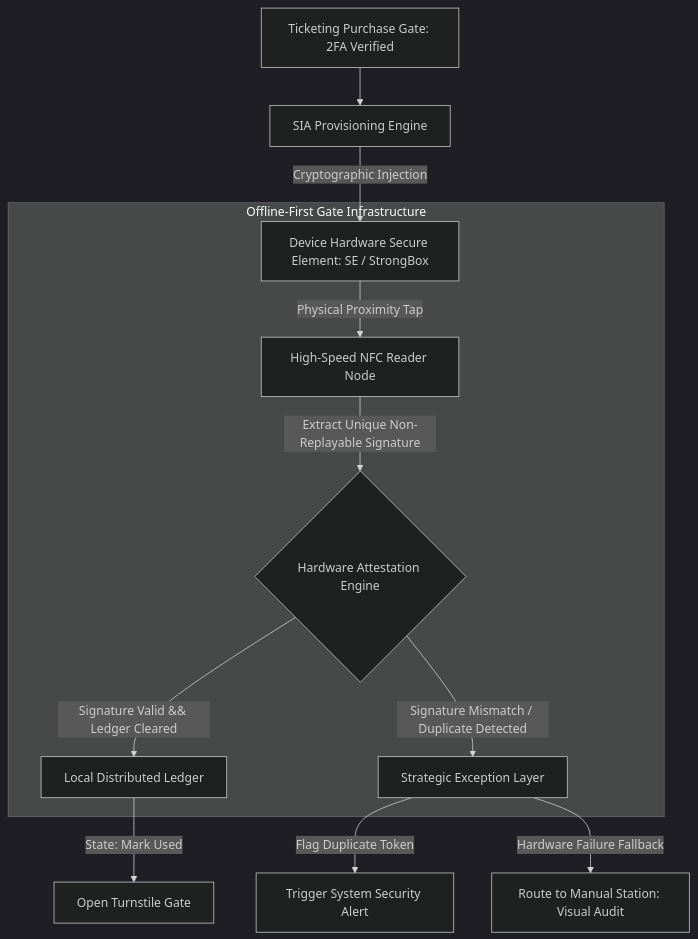
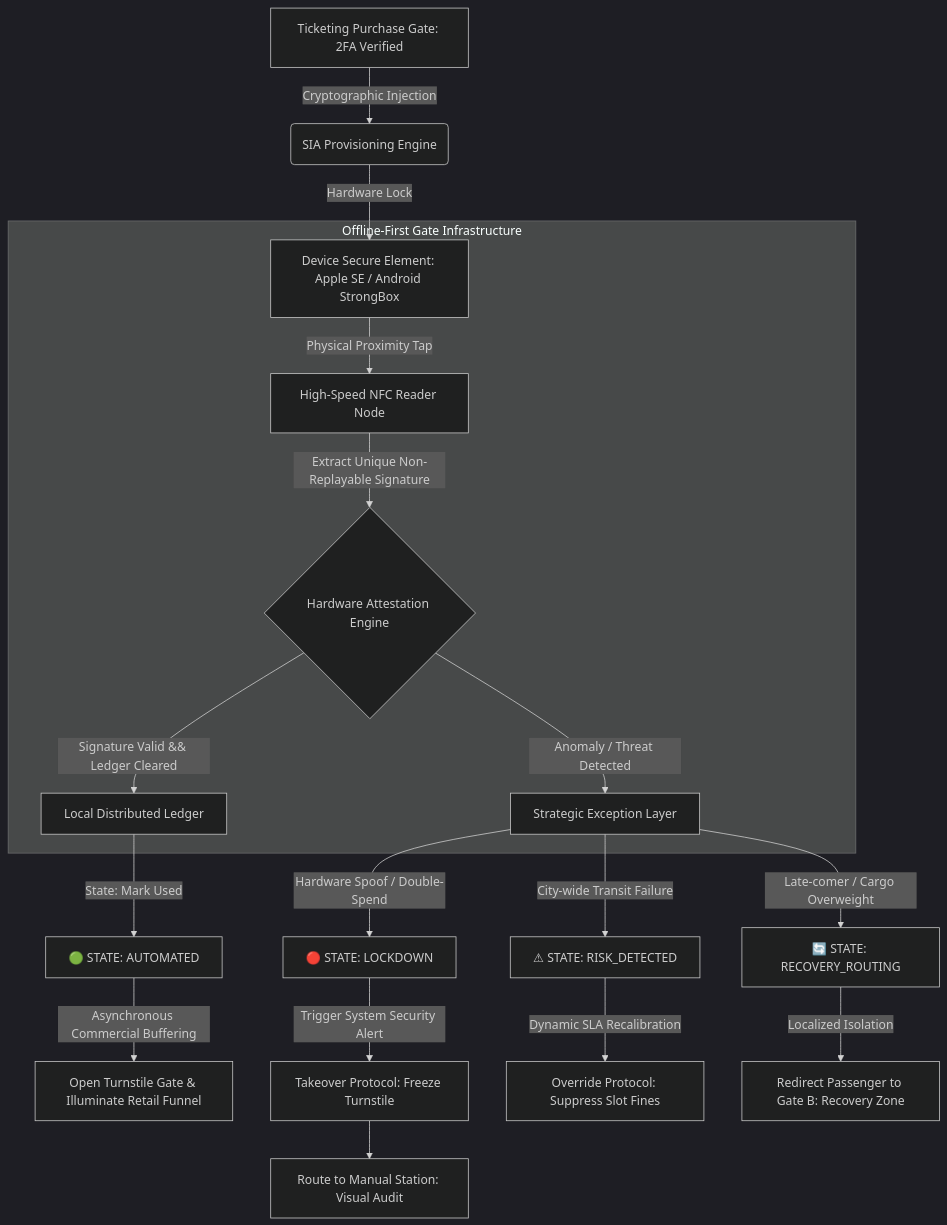
The diagram in predictive-airport-flow-orchestrator.md (26200602/SIA-Agentic-AI-Architecture), drawn with Mermaid (dark theme) before and after one commit. The commit also changed other lines of this file, not shown here.

First line of the commit message:
Update predictive-airport-flow-orchestrator.md

````diff
--- a/predictive-airport-flow-orchestrator.md
+++ b/predictive-airport-flow-orchestrator.md
@@ -23,17 +21,33 @@
 ```mermaid
 graph TD
-    A[Ticketing Purchase Gate: 2FA Verified] --> B[SIA Provisioning Engine]
-    B -->|Cryptographic Injection| C[Device Hardware Secure Element: SE / StrongBox]
-    
+    %% Provisioning Phase
+    A[Ticketing Purchase Gate: 2FA Verified] -->|Cryptographic Injection| B(SIA Provisioning Engine)
+    B -->|Hardware Lock| C[Device Secure Element: Apple SE / Android StrongBox]
+
+    %% Edge Verification Loop (Offline-First Gate)
     subgraph Edge Verification Architecture [Offline-First Gate Infrastructure]
         C -->|Physical Proximity Tap| D[High-Speed NFC Reader Node]
         D -->|Extract Unique Non-Replayable Signature| E{Hardware Attestation Engine}
         
+        %% Pillar 1 & 2 Semantic Evaluation
         E -->|Signature Valid && Ledger Cleared| F[Local Distributed Ledger]
-        E -->|Signature Mismatch / Duplicate Detected| G[Strategic Exception Layer]
+        E -->|Anomaly / Threat Detected| G[Strategic Exception Layer]
     end
+
+    %% Pillar 3 Finite State Machine (FSM) Transitions
+    F -->|State: Mark Used| H[🟢 STATE: AUTOMATED]
+    H -->|Asynchronous Commercial Buffering| K[Open Turnstile Gate & Illuminate Retail Funnel]
+
+    %% Exception Matrix & Recovery Protocols
+    G -->|Hardware Spoof / Double-Spend| I[🔴 STATE: LOCKDOWN]
+    G -->|City-wide Transit Failure| J[⚠ STATE: RISK_DETECTED]
+    G -->|Late-comer / Cargo Overweight| L[🔄 STATE: RECOVERY_ROUTING]
+
+    %% Actions Derived from States
+    I -->|Trigger System Security Alert| M[Takeover Protocol: Freeze Turnstile]
+    J -->|Dynamic SLA Recalibration| N[Override Protocol: Suppress Slot Fines]
+    L -->|Localized Isolation| O[Redirect Passenger to Gate B: Recovery Zone]
     
-    F -->|State: Mark Used| H[Open Turnstile Gate]
-    G -->|Flag Duplicate Token| I[Trigger System Security Alert]
-    G -->|Hardware Failure Fallback| J[Route to Manual Station: Visual Audit]
+    %% Human-in-the-loop Fallback
+    M --> P[Route to Manual Station: Visual Audit]
 ```
````
